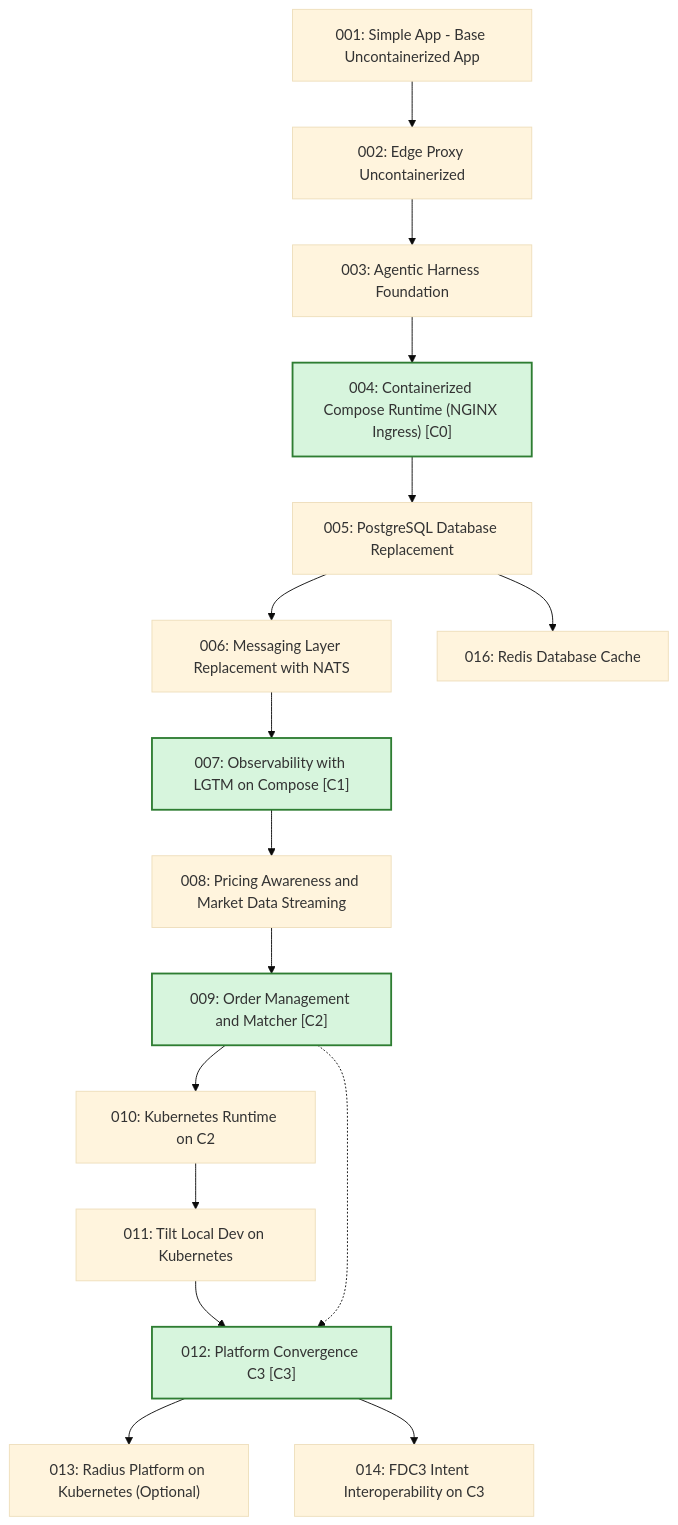
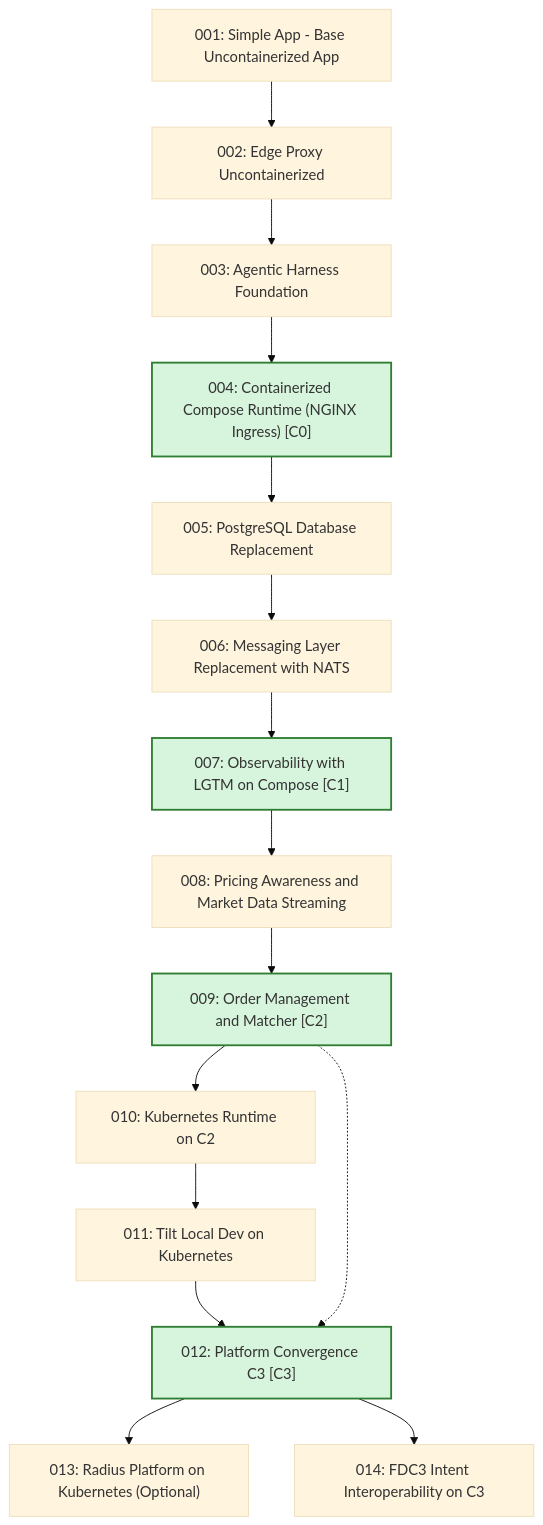
Before and after one commit to ryanwaite/traderX: the second of 3 diagrams in docs/learning-paths/index.md, drawn with Mermaid (base theme). The commit also changed other lines of this file and 53 other files, not shown here.

First line of the commit message:
Roll back Redis cache changes

````diff
--- a/docs/learning-paths/index.md
+++ b/docs/learning-paths/index.md
@@ -36,53 +36,50 @@
 ```mermaid
 flowchart TB
   S001_baseline_uncontainerized_parity["001: Simple App - Base Uncontainerized App"]
   S002_edge_proxy_uncontainerized["002: Edge Proxy Uncontainerized"]
   S003_agentic_harness_foundation["003: Agentic Harness Foundation"]
   S004_containerized_compose_runtime["004: Containerized Compose Runtime (NGINX Ingress) [C0]"]
   S005_postgres_database_replacement["005: PostgreSQL Database Replacement"]
   S006_messaging_nats_replacement["006: Messaging Layer Replacement with NATS"]
   S007_observability_lgtm_compose["007: Observability with LGTM on Compose [C1]"]
   S008_pricing_awareness_market_data["008: Pricing Awareness and Market Data Streaming"]
   S009_order_management_matcher["009: Order Management and Matcher [C2]"]
   S010_kubernetes_runtime["010: Kubernetes Runtime on C2"]
   S011_tilt_kubernetes_dev_loop["011: Tilt Local Dev on Kubernetes"]
   S012_platform_convergence_c3["012: Platform Convergence C3 [C3]"]
   S013_radius_kubernetes_platform["013: Radius Platform on Kubernetes (Optional)"]
   S014_fdc3_intent_interoperability["014: FDC3 Intent Interoperability on C3"]
-  S016_redis_database_cache["016: Redis Database Cache"]
   S001_baseline_uncontainerized_parity --> S002_edge_proxy_uncontainerized
   S002_edge_proxy_uncontainerized --> S003_agentic_harness_foundation
   S003_agentic_harness_foundation --> S004_containerized_compose_runtime
   S004_containerized_compose_runtime --> S005_postgres_database_replacement
   S005_postgres_database_replacement --> S006_messaging_nats_replacement
   S006_messaging_nats_replacement --> S007_observability_lgtm_compose
   S007_observability_lgtm_compose --> S008_pricing_awareness_market_data
   S008_pricing_awareness_market_data --> S009_order_management_matcher
   S009_order_management_matcher --> S010_kubernetes_runtime
   S010_kubernetes_runtime --> S011_tilt_kubernetes_dev_loop
   S011_tilt_kubernetes_dev_loop --> S012_platform_convergence_c3
   S012_platform_convergence_c3 --> S013_radius_kubernetes_platform
   S012_platform_convergence_c3 --> S014_fdc3_intent_interoperability
-  S005_postgres_database_replacement --> S016_redis_database_cache
   S009_order_management_matcher -.-> S012_platform_convergence_c3
   click S001_baseline_uncontainerized_parity href "/specs/baseline-uncontainerized-parity" "Open State 001 Spec Pack"
   click S002_edge_proxy_uncontainerized href "/specs/edge-proxy-uncontainerized" "Open State 002 Spec Pack"
   click S003_agentic_harness_foundation href "/specs/agentic-harness-foundation" "Open State 003 Spec Pack"
   click S004_containerized_compose_runtime href "/specs/containerized-compose-runtime" "Open State 004 Spec Pack"
   click S005_postgres_database_replacement href "/specs/postgres-database-replacement" "Open State 005 Spec Pack"
   click S006_messaging_nats_replacement href "/specs/messaging-nats-replacement" "Open State 006 Spec Pack"
   click S007_observability_lgtm_compose href "/specs/observability-lgtm-compose" "Open State 007 Spec Pack"
   click S008_pricing_awareness_market_data href "/specs/pricing-awareness-market-data" "Open State 008 Spec Pack"
   click S009_order_management_matcher href "/specs/order-management-matcher" "Open State 009 Spec Pack"
   click S010_kubernetes_runtime href "/specs/kubernetes-runtime" "Open State 010 Spec Pack"
   click S011_tilt_kubernetes_dev_loop href "/specs/tilt-kubernetes-dev-loop" "Open State 011 Spec Pack"
   click S012_platform_convergence_c3 href "/specs/platform-convergence-c3" "Open State 012 Spec Pack"
   click S013_radius_kubernetes_platform href "/specs/radius-kubernetes-platform" "Open State 013 Spec Pack"
   click S014_fdc3_intent_interoperability href "/specs/fdc3-intent-interoperability" "Open State 014 Spec Pack"
-  click S016_redis_database_cache href "/specs/redis-database-cache" "Open State 016 Spec Pack"
   classDef convergence fill:#d7f5dd,stroke:#2e7d32,stroke-width:2px
   class S004_containerized_compose_runtime convergence
   class S007_observability_lgtm_compose convergence
   class S009_order_management_matcher convergence
   class S012_platform_convergence_c3 convergence
 ```
````
